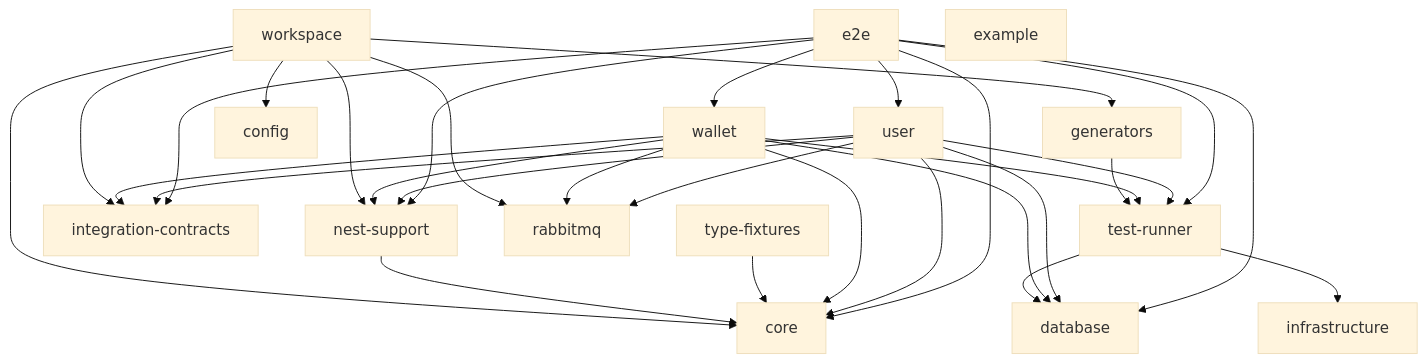
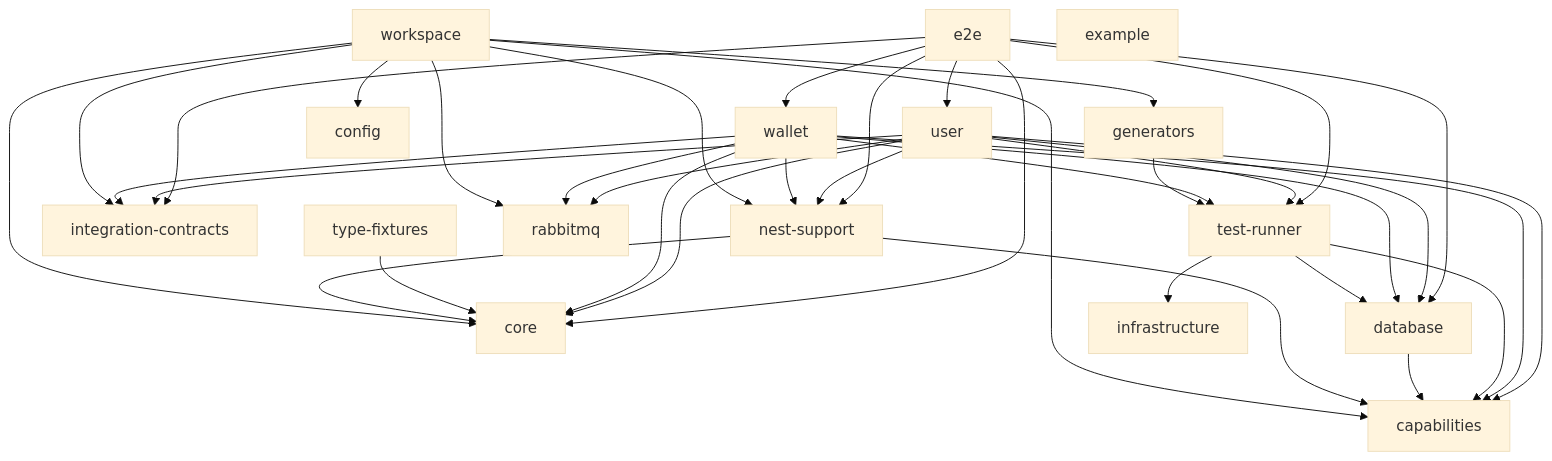
Before and after one commit to danilomartinelli/domain-driven-hexagon-scaffold: the first of 2 diagrams in docs/nx-workspace.md, drawn with Mermaid (base theme). The commit also changed other lines of this file and 79 other files, not shown here.

````diff
--- a/docs/nx-workspace.md
+++ b/docs/nx-workspace.md
@@ -48,34 +49,40 @@
 ```mermaid
 graph TD
   e2e --> nest-support
   e2e --> core
   e2e --> integration-contracts
   e2e --> test-runner
   e2e --> database
   e2e --> user
   e2e --> wallet
+  user --> capabilities
   user --> nest-support
   user --> core
   user --> integration-contracts
   user --> rabbitmq
   user --> test-runner
   user --> database
+  wallet --> capabilities
   wallet --> nest-support
   wallet --> core
   wallet --> integration-contracts
   wallet --> rabbitmq
   wallet --> test-runner
   wallet --> database
   test-runner --> database
   test-runner --> infrastructure
+  test-runner --> capabilities
+  database --> capabilities
   generators --> test-runner
   type-fixtures --> core
   nest-support --> core
+  nest-support --> capabilities
   workspace --> config
   workspace --> generators
+  workspace --> capabilities
   workspace --> core
   workspace --> nest-support
   workspace --> integration-contracts
   workspace --> rabbitmq
   example
 ```
````
